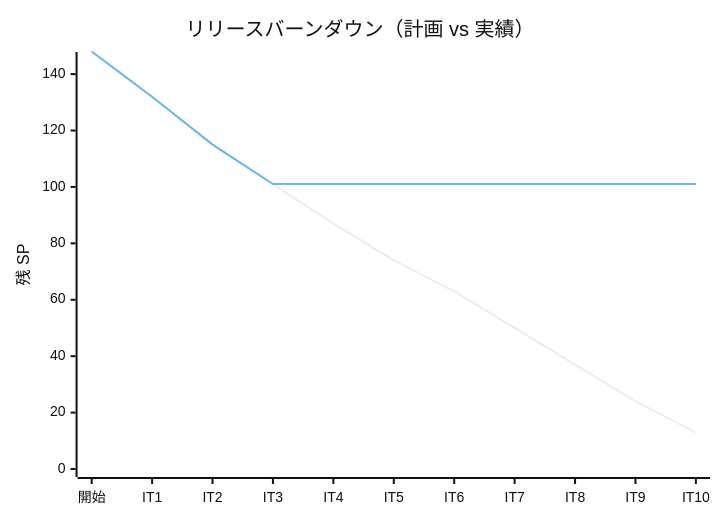
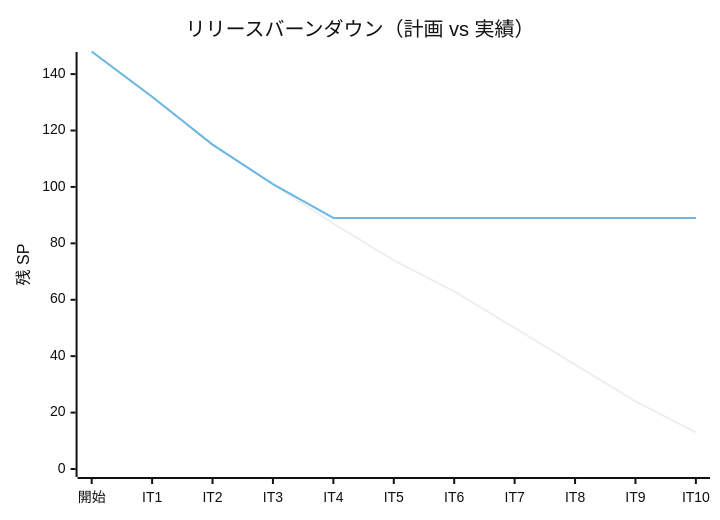
One commit to k2works/case-study-cargo-tracker changed the third of 3 diagrams in docs/development/release_plan.md. Above: the diagram before and after it, drawn with Mermaid (neutral theme). The commit also changed other lines of this file and 1 other file, not shown here.

````diff
--- a/docs/development/release_plan.md
+++ b/docs/development/release_plan.md
@@ -496,8 +496,8 @@
 ```mermaid
 xychart-beta
     title "リリースバーンダウン（計画 vs 実績）"
     x-axis ["開始", "IT1", "IT2", "IT3", "IT4", "IT5", "IT6", "IT7", "IT8", "IT9", "IT10"]
     y-axis "残 SP" 0 --> 145
     line "計画" [148, 132, 115, 101, 87, 74, 63, 50, 37, 24, 13]
-    line "実績" [148, 132, 115, 101, 101, 101, 101, 101, 101, 101, 101]
+    line "実績" [148, 132, 115, 101, 89, 89, 89, 89, 89, 89, 89]
 ```
````
